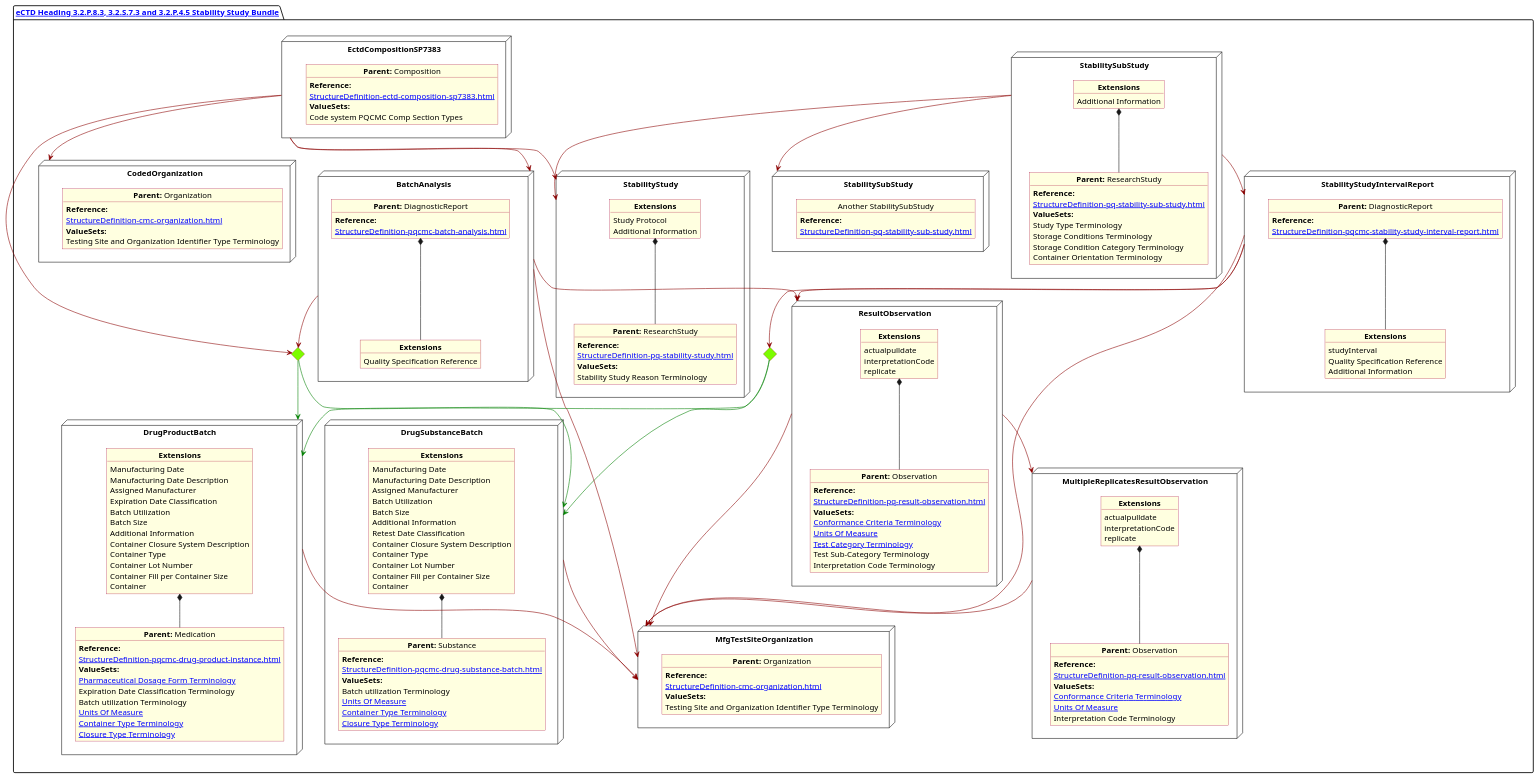
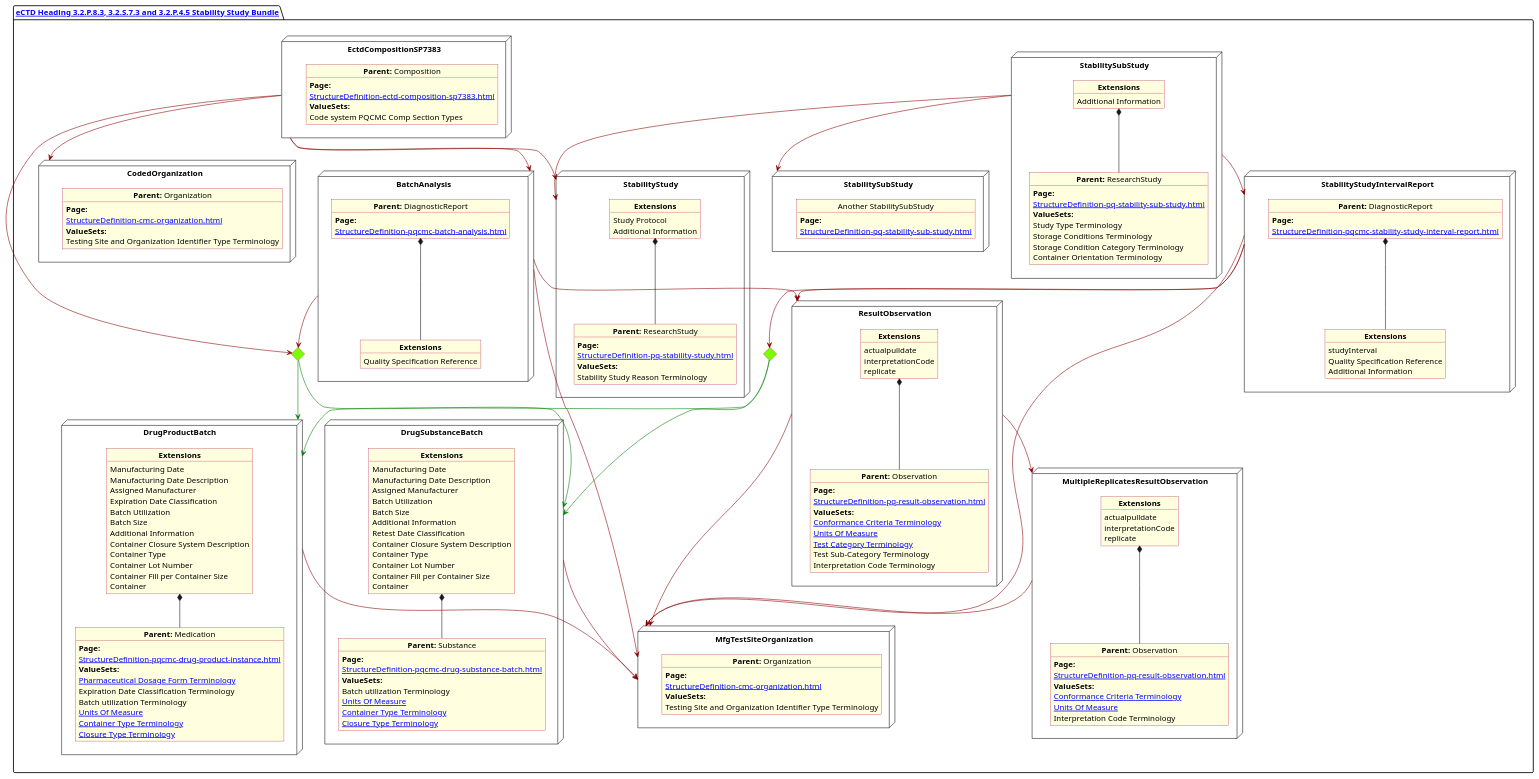
The diagram in input/images-source/Stability.plantuml (HL7/FHIR-us-pq-cmc-fda), drawn with PlantUML before and after one commit. The commit also changed 34 other files, not shown here.

```diff
--- a/input/images-source/Stability.plantuml
+++ b/input/images-source/Stability.plantuml
@@ -14,7 +14,7 @@
        node "DrugProductBatch" as NN {
 
               object "**Parent:** Medication" as obj3 {
-                     **Reference:**
+                     **Page:**
                      [[StructureDefinition-pqcmc-drug-product-instance.html]]
                      **ValueSets:**
                      [[ValueSet-spl-pharmaceutical-dosage-form-terminology.html Pharmaceutical Dosage Form Terminology]]
@@ -48,7 +48,7 @@
        node "DrugSubstanceBatch" as NNS {
 
               object "**Parent:** Substance" as obj4 {
-                     **Reference:**
+                     **Page:**
                      [[StructureDefinition-pqcmc-drug-substance-batch.html]]
                      **ValueSets:**
                      Batch utilization Terminology
@@ -76,7 +76,7 @@
        node "StabilityStudyIntervalReport" as Ninterval {
 
               object "**Parent:** DiagnosticReport" as objinterval {
-                     **Reference:**
+                     **Page:**
                      [[StructureDefinition-pqcmc-stability-study-interval-report.html]]
               }
               object "**Extensions**" as objIntEx {
@@ -90,7 +90,7 @@
        node "BatchAnalysis" as N2 {
 
               object "**Parent:** DiagnosticReport" as obj2 {
-                     **Reference:**
+                     **Page:**
                      [[StructureDefinition-pqcmc-batch-analysis.html]]
               }
               object "**Extensions**" as objQSEx {
@@ -102,7 +102,7 @@
        node "MfgTestSiteOrganization" as NMFG {
 
               object "**Parent:** Organization" as objDP {
-                     **Reference:**
+                     **Page:**
                      [[StructureDefinition-cmc-organization.html]]
                      **ValueSets:**
                      Testing Site and Organization Identifier Type Terminology
@@ -112,7 +112,7 @@
        node "StabilitySubStudy" as NSub {
 
               object "**Parent:** ResearchStudy" as objSub {
-                     **Reference:**
+                     **Page:**
                      [[StructureDefinition-pq-stability-sub-study.html]]
                      **ValueSets:**
                      Study Type Terminology
@@ -131,7 +131,7 @@
        node "StabilityStudy" as NMain {
 
               object "**Parent:** ResearchStudy" as objMain {
-                     **Reference:**
+                     **Page:**
                      [[StructureDefinition-pq-stability-study.html]]
                      **ValueSets:**
                      Stability Study Reason Terminology
@@ -147,7 +147,7 @@
        node "StabilitySubStudy" as NSub2 {
 
               object "Another StabilitySubStudy" as objSub2 {
-                     **Reference:**
+                     **Page:**
                      [[StructureDefinition-pq-stability-sub-study.html]]
 
               }
@@ -156,7 +156,7 @@
        node "ResultObservation" as NNOBS {
 
               object "**Parent:** Observation" as observ3 {
-                     **Reference:**
+                     **Page:**
                      [[StructureDefinition-pq-result-observation.html]]
                      **ValueSets:**
                      [[ValueSet-pqcmc-conformance-to-criteria-terminology.html Conformance Criteria Terminology]]
@@ -176,7 +176,7 @@
        node "MultipleReplicatesResultObservation" as NNstage {
 
               object "**Parent:** Observation" as observS {
-                     **Reference:**
+                     **Page:**
                      [[StructureDefinition-pq-result-observation.html]]
                      **ValueSets:**
                      [[ValueSet-pqcmc-conformance-to-criteria-terminology.html Conformance Criteria Terminology]]
@@ -195,7 +195,7 @@
        node "EctdCompositionSP7383" as N1 {
 
               object "**Parent:** Composition" as obj1 {
-                     **Reference:**
+                     **Page:**
                      [[StructureDefinition-ectd-composition-sp7383.html]]
                      **ValueSets:**
                      Code system PQCMC Comp Section Types
@@ -204,7 +204,7 @@
        node "CodedOrganization" as NSO {
 
               object "**Parent:** Organization" as objAu {
-                     **Reference:**
+                     **Page:**
                      [[StructureDefinition-cmc-organization.html]]
                      **ValueSets:**
                      Testing Site and Organization Identifier Type Terminology
```
